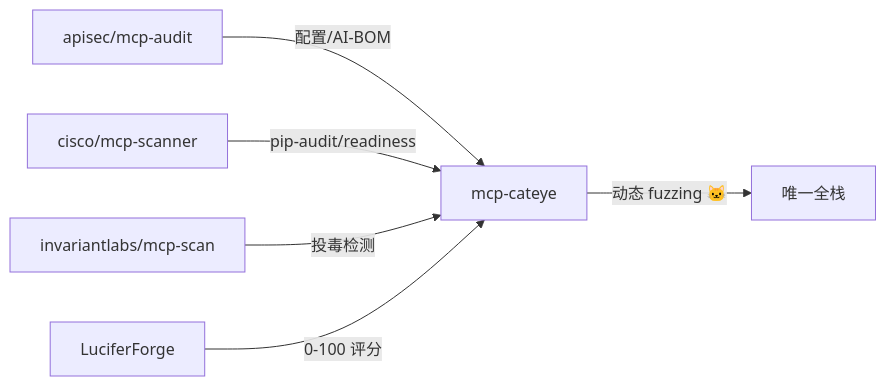
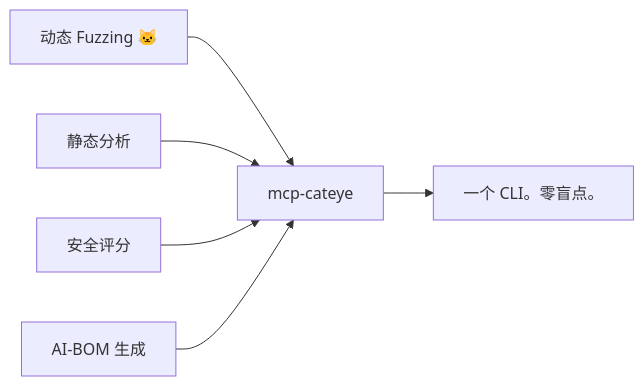
The diagram in README.zh.md (test008008008008-glitch/mcp-cateye), drawn with Mermaid before and after one commit. The commit also changed other lines of this file and 2 other files, not shown here.

````diff
--- a/README.zh.md
+++ b/README.zh.md
@@ -30,8 +30,8 @@
 ```mermaid
 graph LR
-    A[apisec/mcp-audit] -->|配置/AI-BOM| E[mcp-cateye]
-    B[cisco/mcp-scanner] -->|pip-audit/readiness| E
-    C[invariantlabs/mcp-scan] -->|投毒检测| E
-    D[LuciferForge] -->|0-100 评分| E
-    E -->|动态 fuzzing 🐱| F[唯一全栈]
+    A[动态 Fuzzing 🐱] --> E[mcp-cateye]
+    B[静态分析] --> E
+    C[安全评分] --> E
+    D[AI-BOM 生成] --> E
+    E --> F[一个 CLI。零盲点。]
 ```
````
